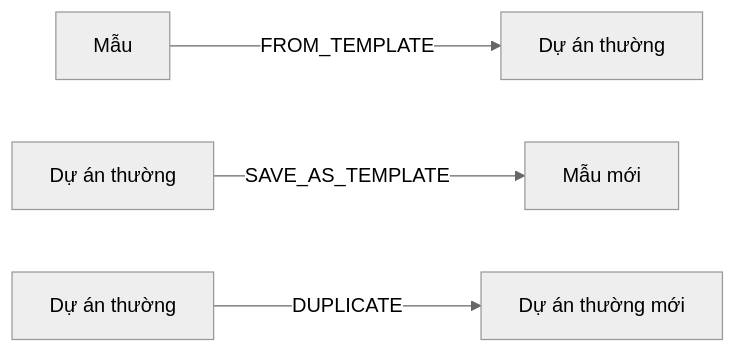
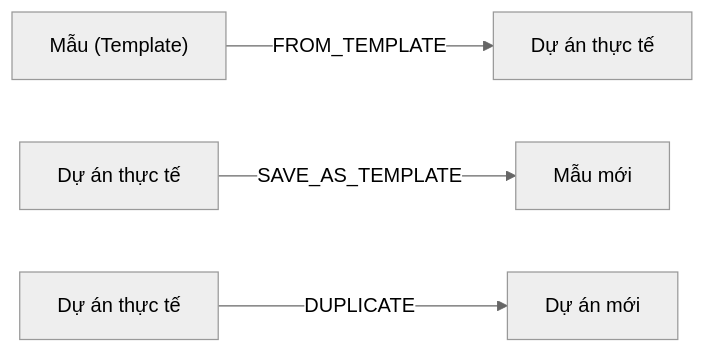
The second of 6 diagrams in formal_doc/04_NGHIEP_VU_TEMPLATE_CLONE.md (Hecker-Chuoi/DATN-2026), drawn with Mermaid (neutral theme) before and after one commit. The commit also changed other lines of this file and 60 other files, not shown here.

````diff
--- a/formal_doc/04_NGHIEP_VU_TEMPLATE_CLONE.md
+++ b/formal_doc/04_NGHIEP_VU_TEMPLATE_CLONE.md
@@ -47,6 +47,6 @@
 ```mermaid
 flowchart LR
-    M["Mẫu"] -- "FROM_TEMPLATE" --> D1["Dự án thường"]
-    D2["Dự án thường"] -- "SAVE_AS_TEMPLATE" --> M2["Mẫu mới"]
-    D3["Dự án thường"] -- "DUPLICATE" --> D4["Dự án thường mới"]
+    M["Mẫu (Template)"] -- "FROM_TEMPLATE" --> D1["Dự án thực tế"]
+    D2["Dự án thực tế"] -- "SAVE_AS_TEMPLATE" --> M2["Mẫu mới"]
+    D3["Dự án thực tế"] -- "DUPLICATE" --> D4["Dự án mới"]
 ```
````
